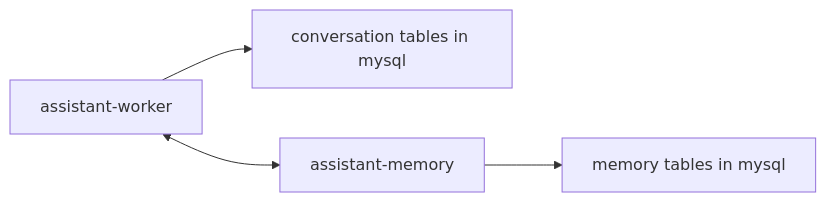
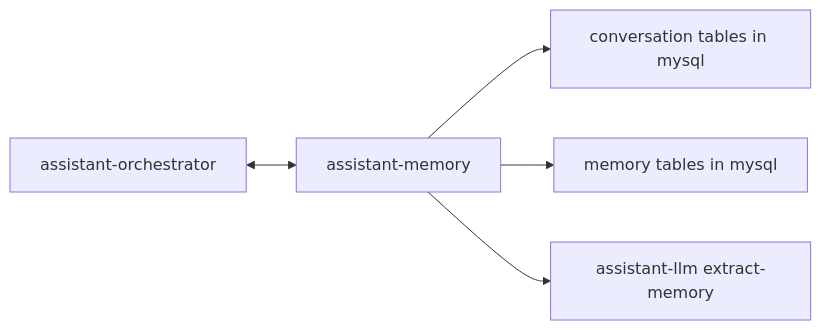
One commit to vinitu/my-concierge changed the diagram in docs/architecture/memory.md. Above: the diagram before and after it, drawn with Mermaid. The commit also changed other lines of this file and 195 other files, not shown here.

First line of the commit message:
refactor: update application modules and remove assistant-worker

````diff
--- a/docs/architecture/memory.md
+++ b/docs/architecture/memory.md
@@ -20,6 +21,7 @@
 ```mermaid
 flowchart LR
-    Worker["assistant-worker"] --> Conv["conversation tables in mysql"]
-    Worker <--> Memory["assistant-memory"]
+    Worker["assistant-orchestrator"] <--> Memory["assistant-memory"]
+    Memory --> Conv["conversation tables in mysql"]
     Memory --> Durable["memory tables in mysql"]
+    Memory --> LLM["assistant-llm extract-memory"]
 ```
````
